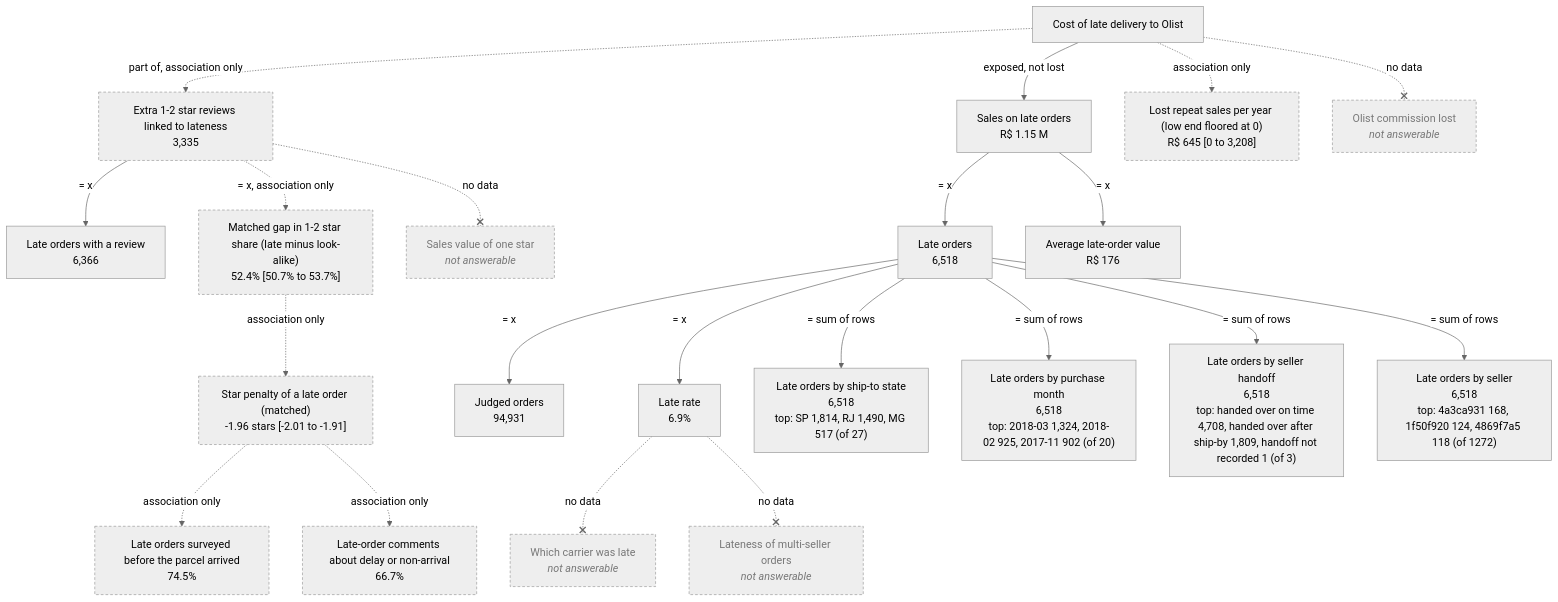
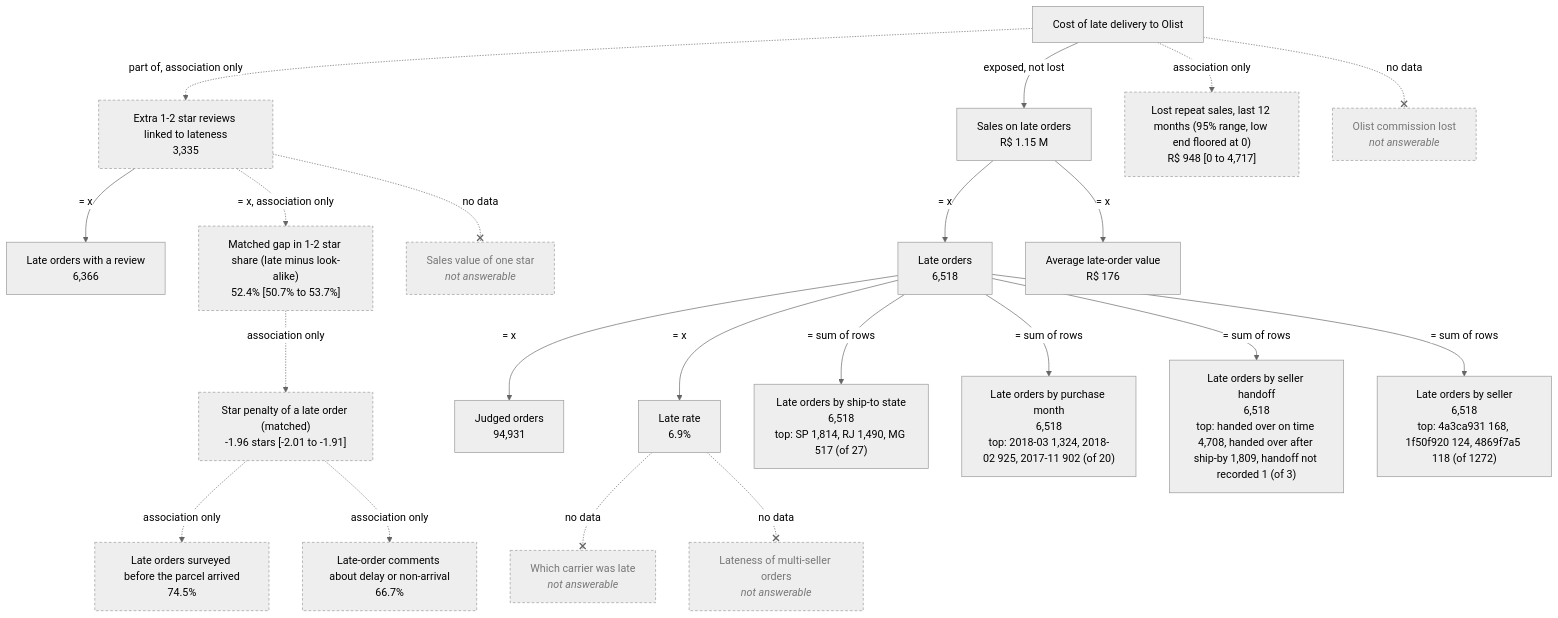
One commit to mikemoose1/olist-ecommerce-analytics changed the diagram in story/kpi_tree.mmd. Above: the diagram before and after it, drawn with Mermaid (neutral theme). The commit also changed 13 other files, not shown here.

First line of the commit message:
Per-year money on the last 12 months, in the memo and the story

```diff
--- a/story/kpi_tree.mmd
+++ b/story/kpi_tree.mmd
@@ -1,46 +1,46 @@
 flowchart TD
   cost["Cost of late delivery to Olist"]
   low_star_excess["Extra 1-2 star reviews linked to lateness<br/>3,335"]
   late_reviewed["Late orders with a review<br/>6,366"]
   excess_low_star_share["Matched gap in 1-2 star share (late minus look-alike)<br/>52.4% [50.7% to 53.7%]"]
   star_penalty["Star penalty of a late order (matched)<br/>-1.96 stars [-2.01 to -1.91]"]
   survey_before_share["Late orders surveyed before the parcel arrived<br/>74.5%"]
   comment_not_arrived_share["Late-order comments about delay or non-arrival<br/>66.7%"]
   late_sales["Sales on late orders<br/>R$ 1.15 M"]
   late_orders["Late orders<br/>6,518"]
   avg_late_order_value["Average late-order value<br/>R$ 176"]
   judged_orders["Judged orders<br/>94,931"]
   late_rate["Late rate<br/>6.9%"]
   late_by_state["Late orders by ship-to state<br/>6,518<br/>top: SP 1,814, RJ 1,490, MG 517 (of 27)"]
   late_by_month["Late orders by purchase month<br/>6,518<br/>top: 2018-03 1,324, 2018-02 925, 2017-11 902 (of 20)"]
   late_by_handoff["Late orders by seller handoff<br/>6,518<br/>top: handed over on time 4,708, handed over after ship-by 1,809, handoff not recorded 1 (of 3)"]
   late_by_seller["Late orders by seller<br/>6,518<br/>top: 4a3ca931 168, 1f50f920 124, 4869f7a5 118 (of 1272)"]
-  lost_repeat_sales["Lost repeat sales per year (low end floored at 0)<br/>R$ 645 [0 to 3,208]"]
+  lost_repeat_sales["Lost repeat sales, last 12 months (95% range, low end floored at 0)<br/>R$ 948 [0 to 4,717]"]
   commission["Olist commission lost<br/><i>not answerable</i>"]
   star_sales_value["Sales value of one star<br/><i>not answerable</i>"]
   carrier["Which carrier was late<br/><i>not answerable</i>"]
   multi_seller_arrival["Lateness of multi-seller orders<br/><i>not answerable</i>"]
   cost -.->|"part of, association only"| low_star_excess
   low_star_excess -->|"= x"| late_reviewed
   low_star_excess -.->|"= x, association only"| excess_low_star_share
   excess_low_star_share -.->|association only| star_penalty
   star_penalty -.->|association only| survey_before_share
   star_penalty -.->|association only| comment_not_arrived_share
   cost -->|"exposed, not lost"| late_sales
   late_sales -->|"= x"| late_orders
   late_sales -->|"= x"| avg_late_order_value
   late_orders -->|"= x"| judged_orders
   late_orders -->|"= x"| late_rate
   late_orders -->|= sum of rows| late_by_state
   late_orders -->|= sum of rows| late_by_month
   late_orders -->|= sum of rows| late_by_handoff
   late_orders -->|= sum of rows| late_by_seller
   cost -.->|association only| lost_repeat_sales
   cost -.-x|no data| commission
   low_star_excess -.-x|no data| star_sales_value
   late_rate -.-x|no data| carrier
   late_rate -.-x|no data| multi_seller_arrival
   classDef na fill:#eee,stroke:#999,color:#777,stroke-dasharray:4 3
   classDef assoc stroke-dasharray:4 3
   class commission,star_sales_value,carrier,multi_seller_arrival na
   class low_star_excess,excess_low_star_share,star_penalty,survey_before_share,comment_not_arrived_share,lost_repeat_sales assoc
```
